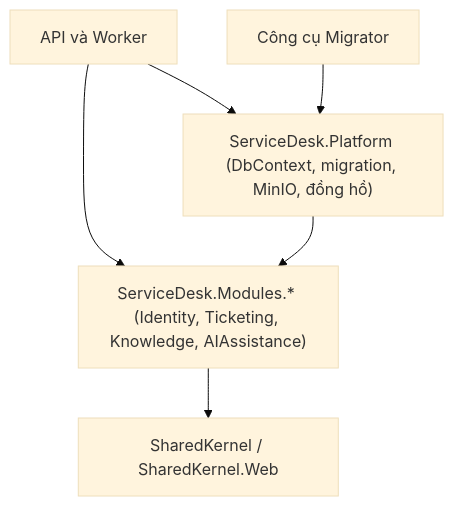
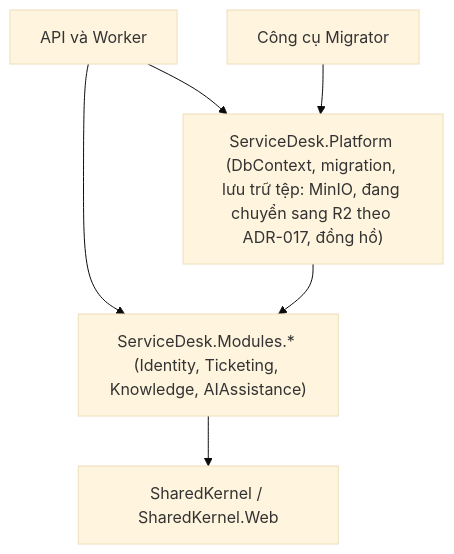
One commit to supportflow-ai/ai-it-service-desk changed the diagram in docs/architecture/backend-modules-and-use-cases.md. Above: the diagram before and after it, drawn with Mermaid (base theme). The commit also changed 9 other files, not shown here.

First line of the commit message:
docs(backend): chấp nhận ADR-017, đánh dấu ADR-006 bị thay thế và cảnh báo MinIO đang bị loại

````diff
--- a/docs/architecture/backend-modules-and-use-cases.md
+++ b/docs/architecture/backend-modules-and-use-cases.md
@@ -9,8 +9,8 @@
 ```mermaid
 flowchart TD
     Hosts["API và Worker"] --> Modules["ServiceDesk.Modules.* (Identity, Ticketing, Knowledge, AIAssistance)"]
-    Hosts --> Platform["ServiceDesk.Platform (DbContext, migration, MinIO, đồng hồ)"]
+    Hosts --> Platform["ServiceDesk.Platform (DbContext, migration, lưu trữ tệp: MinIO, đang chuyển sang R2 theo ADR-017, đồng hồ)"]
     Migrator["Công cụ Migrator"] --> Platform
     Platform --> Modules
     Modules --> SharedKernel["SharedKernel / SharedKernel.Web"]
 ```
````
